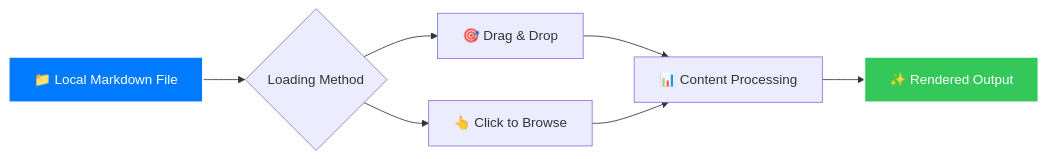
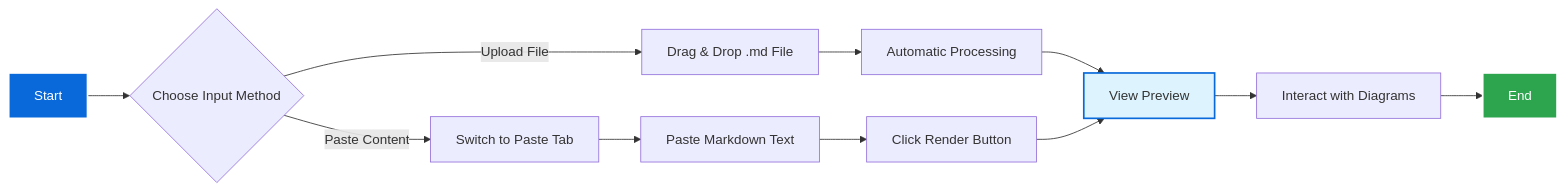
One commit to xsukax/xsukax-Markdown-Viewer changed the first of 2 diagrams in README.md. Above: the diagram before and after it, drawn with Mermaid. The commit also changed other lines of this file, not shown here.

````diff
--- a/README.md
+++ b/README.md
@@ -71,12 +145,17 @@
 ```mermaid
-flowchart LR
-    A[📁 Local Markdown File] --> B{Loading Method}
-    B --> C[🎯 Drag & Drop]
-    B --> D[👆 Click to Browse]
-    C --> E[📊 Content Processing]
-    D --> E
-    E --> F[✨ Rendered Output]
+graph LR
+    A[Start] --> B{Choose Input Method}
+    B -->|Upload File| C[Drag & Drop .md File]
+    B -->|Paste Content| D[Switch to Paste Tab]
+    C --> E[Automatic Processing]
+    D --> F[Paste Markdown Text]
+    F --> G[Click Render Button]
+    E --> H[View Preview]
+    G --> H
+    H --> I[Interact with Diagrams]
+    I --> J[End]
     
-    style A fill:#007aff,stroke:#fff,stroke-width:2px,color:#fff
-    style F fill:#34c759,stroke:#fff,stroke-width:2px,color:#fff
+    style A fill:#0969da,stroke:#fff,stroke-width:2px,color:#fff
+    style J fill:#2da44e,stroke:#fff,stroke-width:2px,color:#fff
+    style H fill:#ddf4ff,stroke:#0969da,stroke-width:2px
 ```
````
